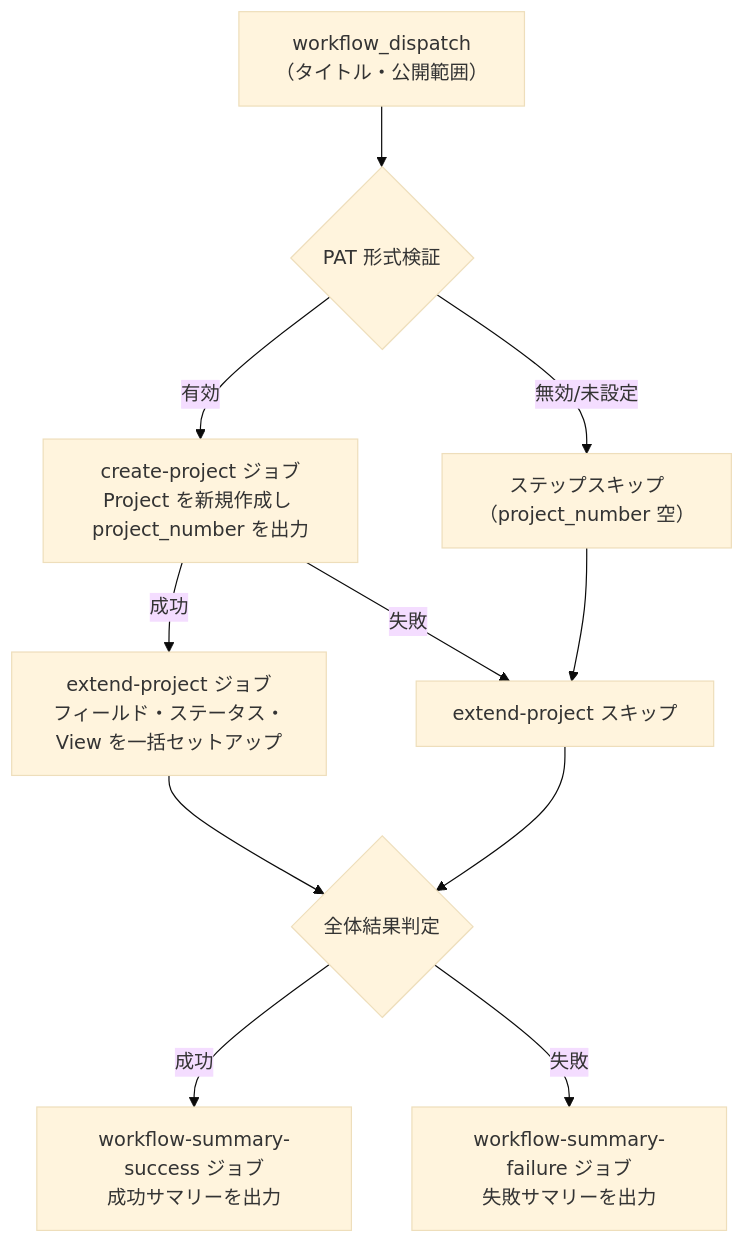
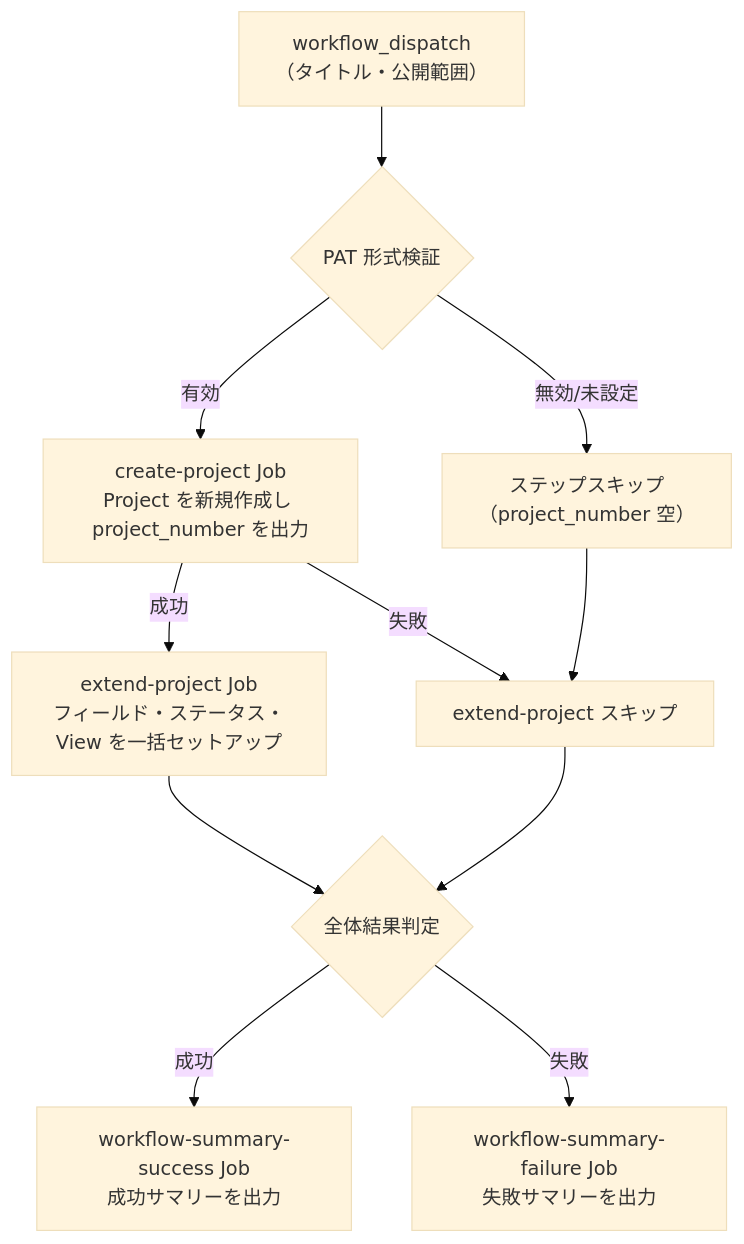
The diagram in docs/workflows/01-create-project.md (lurest-inc/github-projects-ops-kit), drawn with Mermaid (base theme) before and after one commit. The commit also changed other lines of this file and 26 other files, not shown here.

````diff
--- a/docs/workflows/01-create-project.md
+++ b/docs/workflows/01-create-project.md
@@ -54,13 +54,13 @@
 ```mermaid
 flowchart TD
     A["workflow_dispatch\n（タイトル・公開範囲）"] --> P{"PAT 形式検証"}
-    P -- "有効" --> B["create-project ジョブ\nProject を新規作成し project_number を出力"]
+    P -- "有効" --> B["create-project Job\nProject を新規作成し project_number を出力"]
     P -- "無効/未設定" --> S["ステップスキップ\n（project_number 空）"]
-    B -- "成功" --> C["extend-project ジョブ\nフィールド・ステータス・View を一括セットアップ"]
+    B -- "成功" --> C["extend-project Job\nフィールド・ステータス・View を一括セットアップ"]
     B -- "失敗" --> D["extend-project スキップ"]
     S --> D
     C --> E{"全体結果判定"}
     D --> E
-    E -- "成功" --> F["workflow-summary-success ジョブ\n成功サマリーを出力"]
-    E -- "失敗" --> G["workflow-summary-failure ジョブ\n失敗サマリーを出力"]
+    E -- "成功" --> F["workflow-summary-success Job\n成功サマリーを出力"]
+    E -- "失敗" --> G["workflow-summary-failure Job\n失敗サマリーを出力"]
 ```
````
